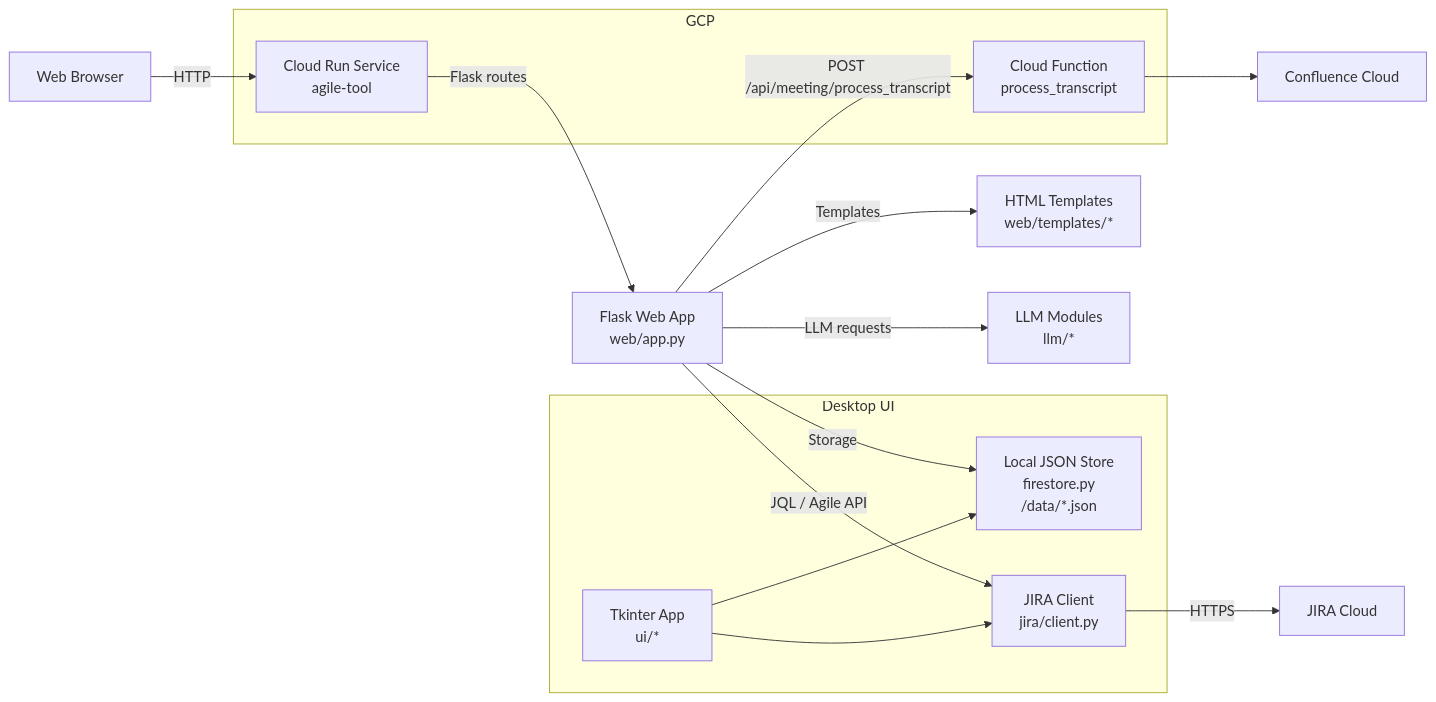
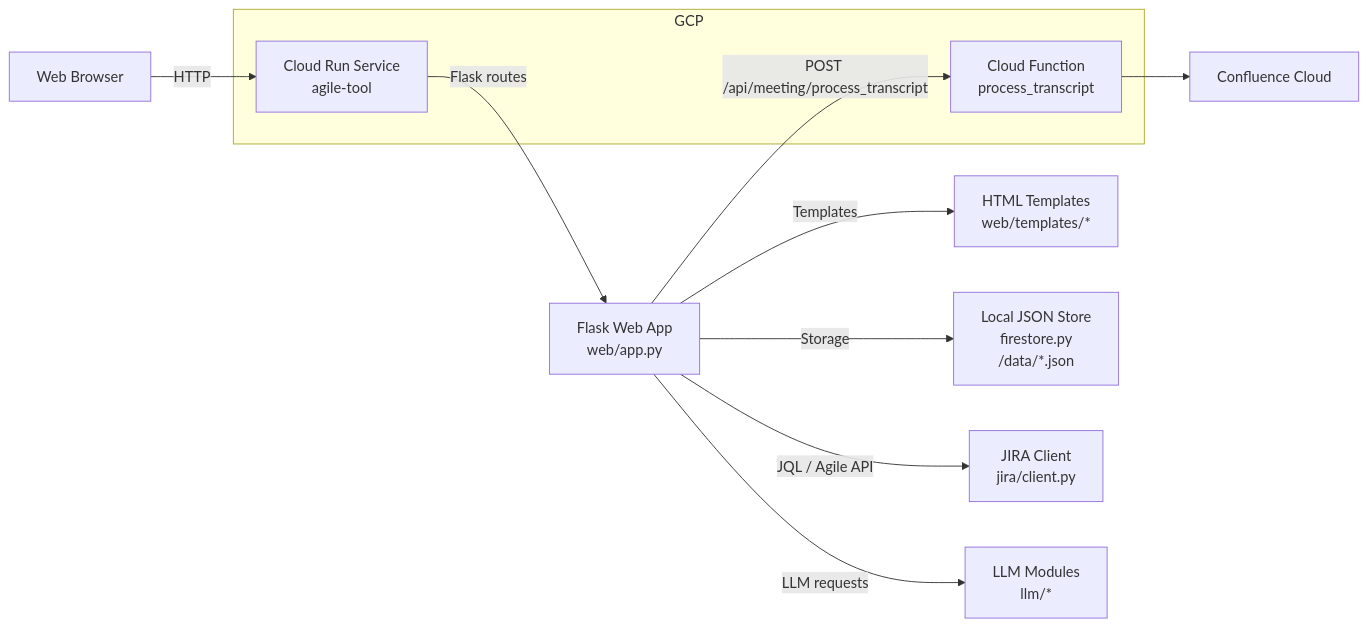
One commit to sijosehcl-dot/Agile_tool_utitity changed the diagram in README.md. Above: the diagram before and after it, drawn with Mermaid. The commit also changed 16 other files, not shown here.

````diff
--- a/README.md
+++ b/README.md
@@ -13,21 +13,16 @@
 ```mermaid
 flowchart LR
   Browser[Web Browser] -->|HTTP| CloudRun[Cloud Run Service\nagile-tool]
   CloudRun -->|Flask routes| FlaskApp[Flask Web App\nweb/app.py]
   FlaskApp -->|Templates| Templates[HTML Templates\nweb/templates/*]
   FlaskApp -->|Storage| Firestore[Local JSON Store\nfirestore.py\n/data/*.json]
   FlaskApp -->|JQL / Agile API| JiraClient[JIRA Client\njira/client.py]
   FlaskApp -->|LLM requests| LLM[LLM Modules\nllm/*]
   FlaskApp -->|POST /api/meeting/process_transcript| CF[Cloud Function\nprocess_transcript]
   CF --> Confluence[Confluence Cloud]
-  subgraph Desktop UI
-    TkApp[Tkinter App\nui/*]
-    TkApp --> Firestore
-    TkApp --> JiraClient
-  end
   subgraph GCP
     CloudRun
     CF
   end
-  JiraClient -->|HTTPS| Jira[JIRA Cloud]
+
 ```
````
